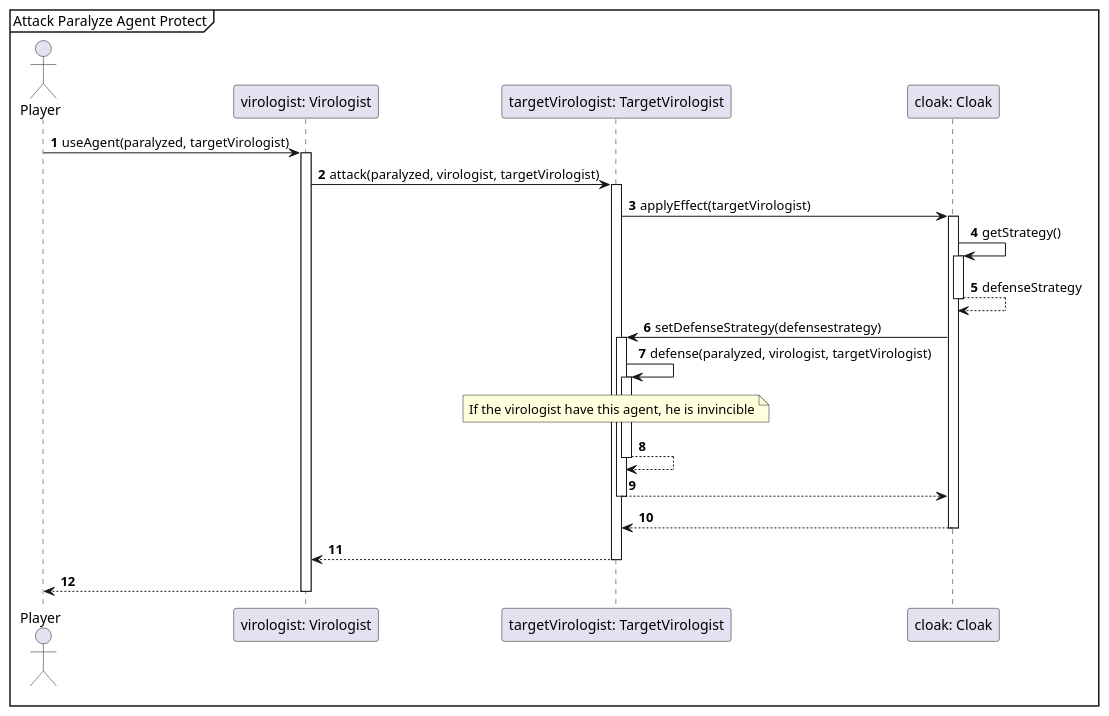
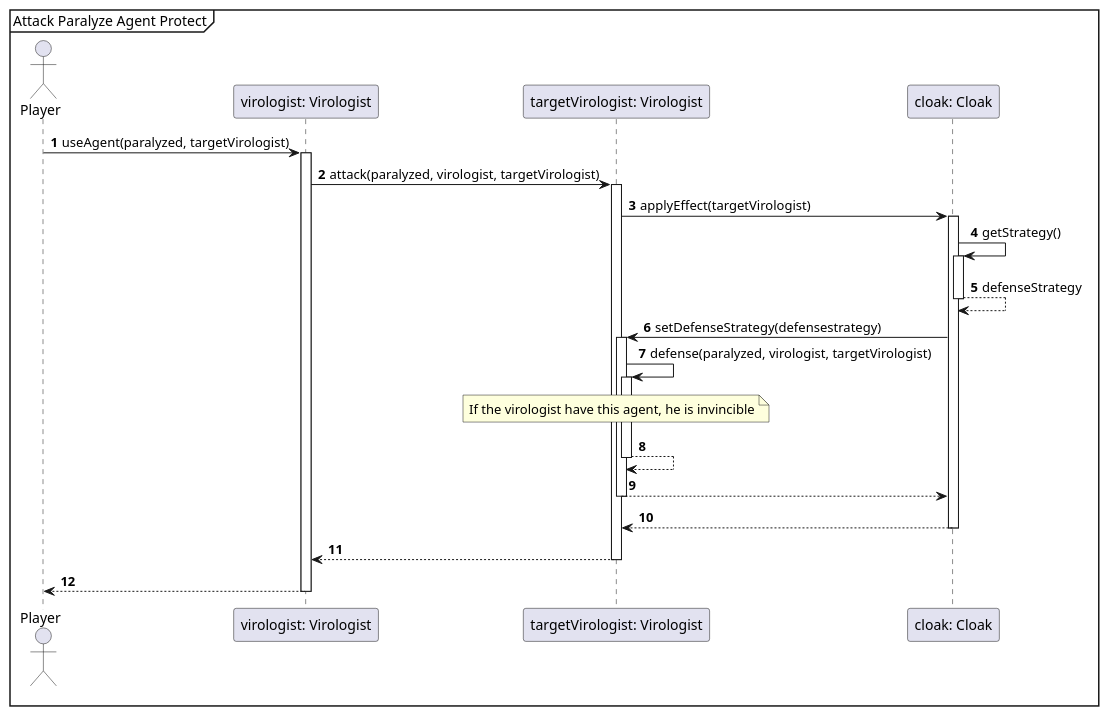
One commit to Projlab-csb/projlab-virologus changed the diagram in Exact Sequence-diagrams/AttackParalyzeAgentPROTECT.puml. Above: the diagram before and after it, drawn with PlantUML. The commit also changed 20 other files, not shown here.

Commit message:
Little changes in sequences

```diff
--- a/Exact Sequence-diagrams/AttackParalyzeAgentPROTECT.puml
+++ b/Exact Sequence-diagrams/AttackParalyzeAgentPROTECT.puml
@@ -1,34 +1,34 @@
 @startuml
 'https://plantuml.com/sequence-diagram
 
 autonumber
 
 mainframe Attack Paralyze Agent Protect
 
 actor Player
 
 Player -> "virologist: Virologist"++: useAgent(paralyzed, targetVirologist)
-"virologist: Virologist" -> "targetVirologist: TargetVirologist"++: attack(paralyzed, virologist, targetVirologist)
-"targetVirologist: TargetVirologist" -> "cloak: Cloak"++ : applyEffect(targetVirologist)
+"virologist: Virologist" -> "targetVirologist: Virologist"++: attack(paralyzed, virologist, targetVirologist)
+"targetVirologist: Virologist" -> "cloak: Cloak"++ : applyEffect(targetVirologist)
 "cloak: Cloak" -> "cloak: Cloak"++ : getStrategy()
 "cloak: Cloak" --> "cloak: Cloak"-- : defenseStrategy
 
-"cloak: Cloak" -> "targetVirologist: TargetVirologist"++: setDefenseStrategy(defensestrategy)
+"cloak: Cloak" -> "targetVirologist: Virologist"++: setDefenseStrategy(defensestrategy)
 
-"targetVirologist: TargetVirologist" -> "targetVirologist: TargetVirologist"++: defense(paralyzed, virologist, targetVirologist)
+"targetVirologist: Virologist" -> "targetVirologist: Virologist"++: defense(paralyzed, virologist, targetVirologist)
 
 
-note over "targetVirologist: TargetVirologist"
+note over "targetVirologist: Virologist"
     If the virologist have this agent, he is invincible
 end note
 
-"targetVirologist: TargetVirologist" --> "targetVirologist: TargetVirologist" --
+"targetVirologist: Virologist" --> "targetVirologist: Virologist" --
 
-"targetVirologist: TargetVirologist" --> "cloak: Cloak" --
-"cloak: Cloak" --> "targetVirologist: TargetVirologist" --
+"targetVirologist: Virologist" --> "cloak: Cloak" --
+"cloak: Cloak" --> "targetVirologist: Virologist" --
 
 
-"targetVirologist: TargetVirologist" --> "virologist: Virologist" --
+"targetVirologist: Virologist" --> "virologist: Virologist" --
 
 "virologist: Virologist" --> Player --
 @enduml
```
